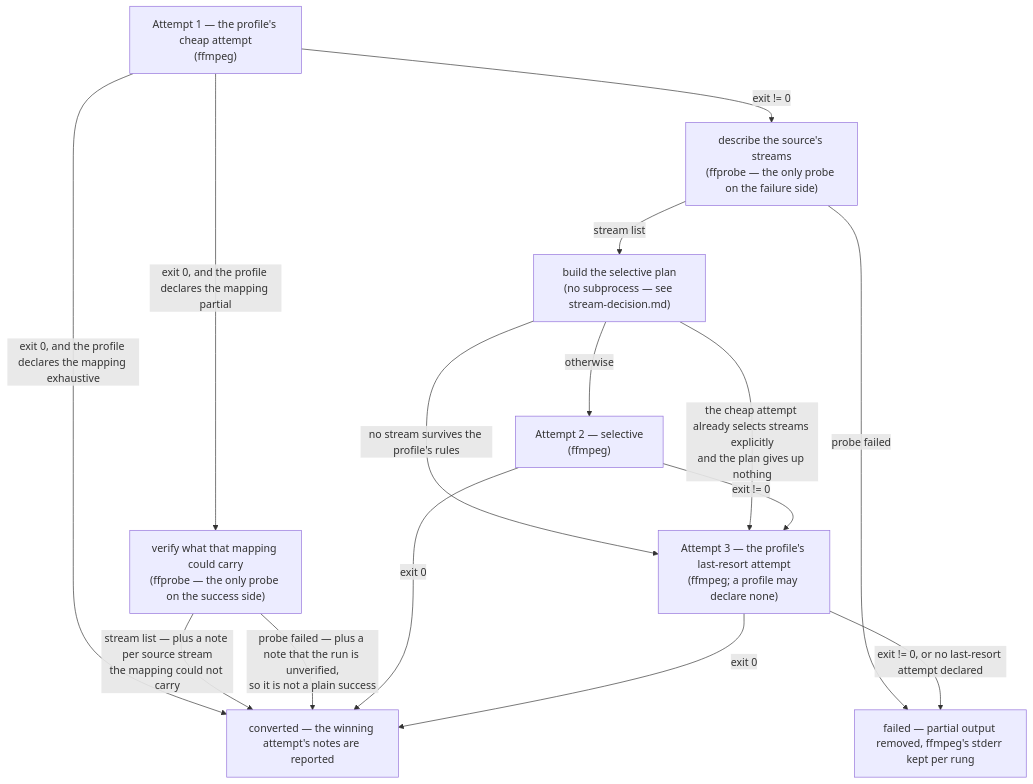
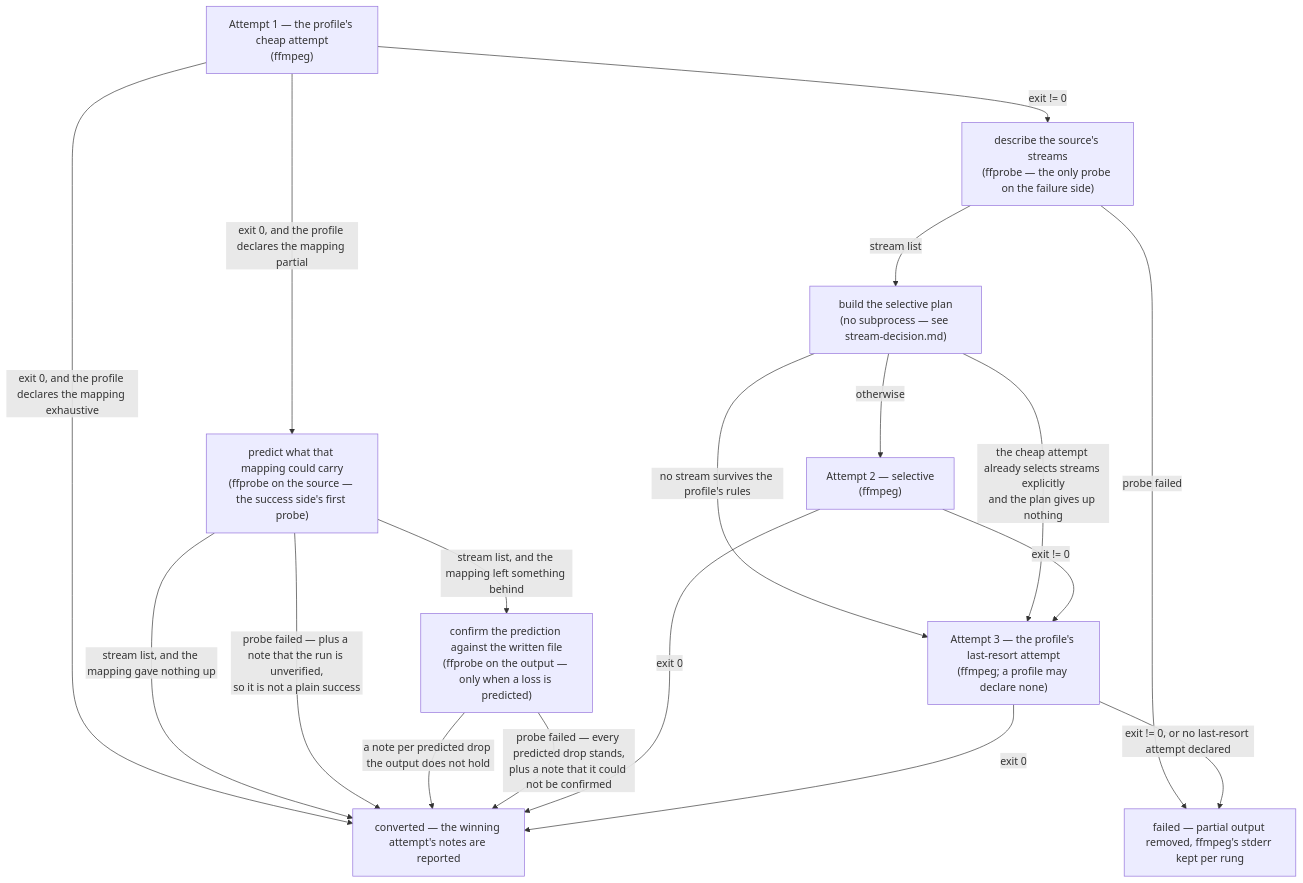
The diagram in docs/design/degradation-ladder.md (bhemsen/converter), drawn with Mermaid before and after one commit. The commit also changed other lines of this file and 13 other files, not shown here.

First line of the commit message:
fix(jobs): confirm a predicted drop against the written output (#83)

````diff
--- a/docs/design/degradation-ladder.md
+++ b/docs/design/degradation-ladder.md
@@ -16,26 +17,30 @@
 ```mermaid
 flowchart TD
     A["Attempt 1 — the profile's cheap attempt<br/>(ffmpeg)"]
-    V["verify what that mapping could carry<br/>(ffprobe — the only probe on the success side)"]
+    V["predict what that mapping could carry<br/>(ffprobe on the source — the success side's first probe)"]
+    C["confirm the prediction against the written file<br/>(ffprobe on the output — only when a loss is predicted)"]
     P["describe the source's streams<br/>(ffprobe — the only probe on the failure side)"]
     PLAN["build the selective plan<br/>(no subprocess — see stream-decision.md)"]
     SEL["Attempt 2 — selective<br/>(ffmpeg)"]
     FIN["Attempt 3 — the profile's last-resort attempt<br/>(ffmpeg; a profile may declare none)"]
     OK["converted — the winning attempt's notes are reported"]
     BAD["failed — partial output removed, ffmpeg's stderr kept per rung"]
 
     A -->|"exit 0, and the profile declares the mapping exhaustive"| OK
     A -->|"exit 0, and the profile declares the mapping partial"| V
-    V -->|"stream list — plus a note per source stream<br/>the mapping could not carry"| OK
+    V -->|"stream list, and the mapping gave nothing up"| OK
+    V -->|"stream list, and the mapping left something behind"| C
     V -->|"probe failed — plus a note that the run is unverified,<br/>so it is not a plain success"| OK
+    C -->|"a note per predicted drop the output does not hold"| OK
+    C -->|"probe failed — every predicted drop stands,<br/>plus a note that it could not be confirmed"| OK
     A -->|"exit != 0"| P
     P -->|"probe failed"| BAD
     P -->|"stream list"| PLAN
     PLAN -->|"no stream survives the profile's rules"| FIN
     PLAN -->|"the cheap attempt already selects streams explicitly<br/>and the plan gives up nothing"| FIN
     PLAN -->|"otherwise"| SEL
     SEL -->|"exit 0"| OK
     SEL -->|"exit != 0"| FIN
     FIN -->|"exit 0"| OK
     FIN -->|"exit != 0, or no last-resort attempt declared"| BAD
 ```
````
